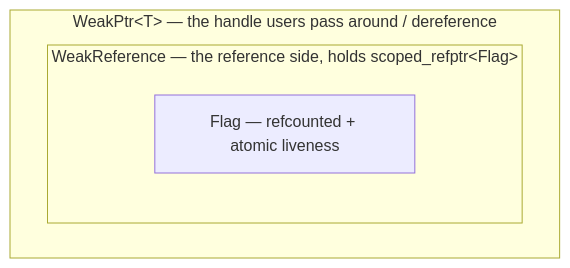
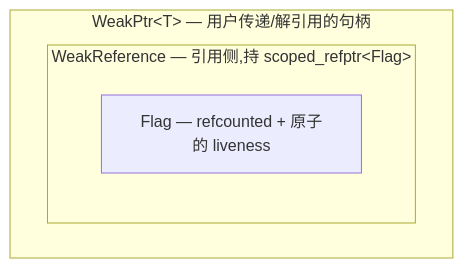
Before and after one commit to Awesome-Embedded-Learning-Studio/Tutorial_AwesomeModernCPP: the diagram in documents/en/vol9-open-source-project-learn/chrome/02_weak_ptr/full/02-2-weak-ptr-core-skeleton-and-control-block.md, drawn with Mermaid. The commit also changed other lines of this file and 749 other files, not shown here.

````diff
--- a/documents/en/vol9-open-source-project-learn/chrome/02_weak_ptr/full/02-2-weak-ptr-core-skeleton-and-control-block.md
+++ b/documents/en/vol9-open-source-project-learn/chrome/02_weak_ptr/full/02-2-weak-ptr-core-skeleton-and-control-block.md
@@ -42,8 +42,8 @@
 ```mermaid
 flowchart TB
-    subgraph WP["WeakPtr&lt;T&gt; — the handle users pass around / dereference"]
-        subgraph WR["WeakReference — the reference side, holds scoped_refptr&lt;Flag&gt;"]
-            Flag["Flag — refcounted + atomic liveness"]
+    subgraph WP["WeakPtr&lt;T&gt; — 用户传递/解引用的句柄"]
+        subgraph WR["WeakReference — 引用侧,持 scoped_refptr&lt;Flag&gt;"]
+            Flag["Flag — refcounted + 原子的 liveness"]
         end
     end
 ```
````
